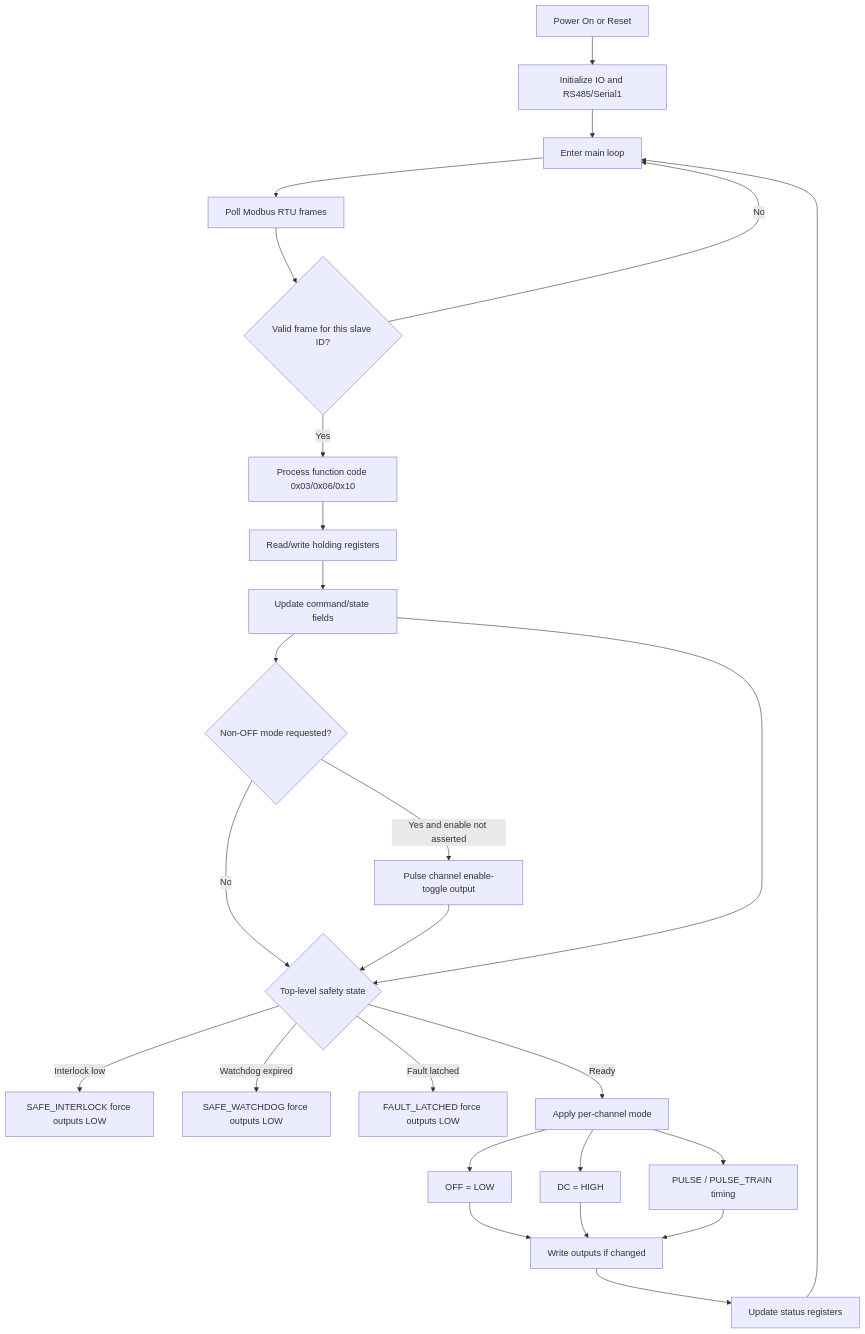
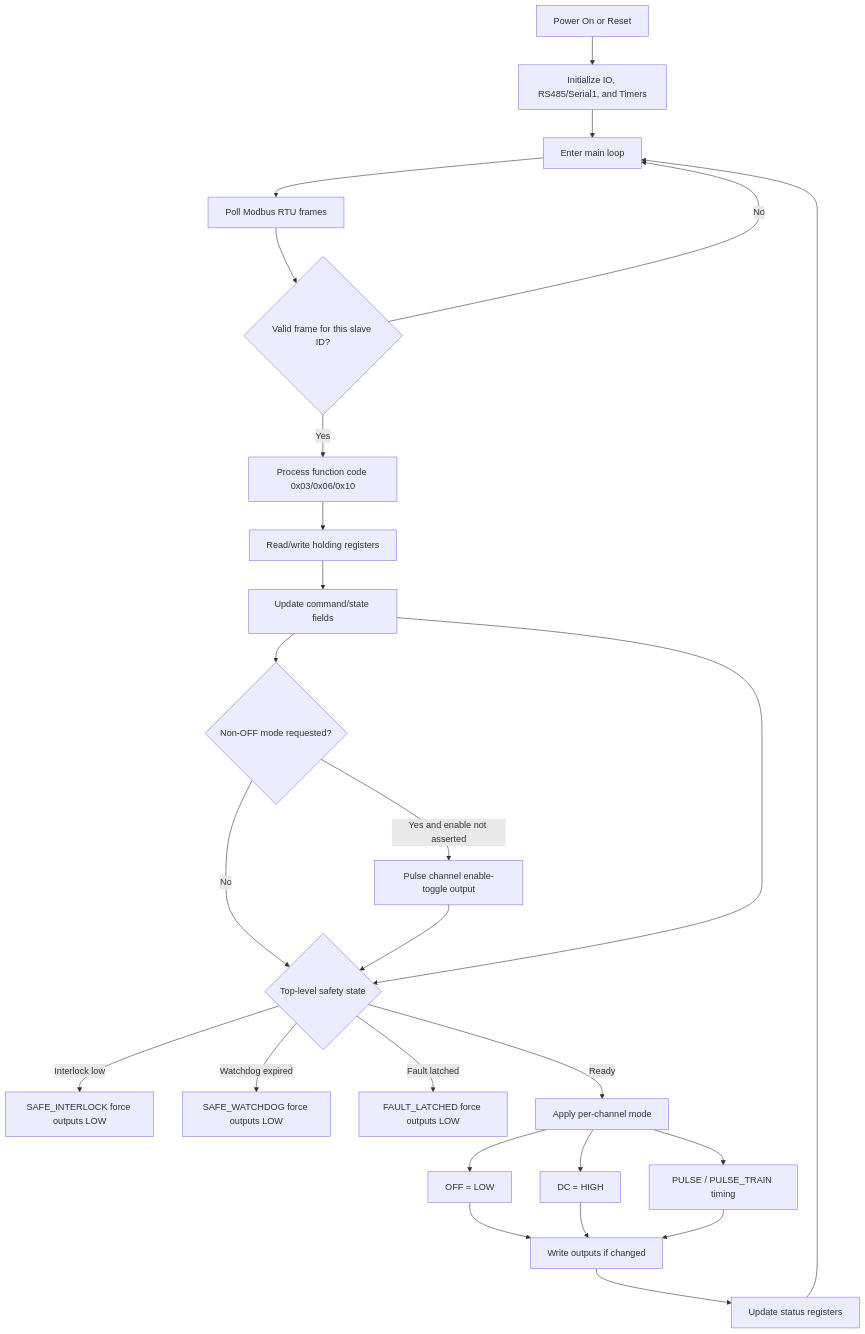
Before and after one commit to uw-loci/beam-controller: the diagram in README.md, drawn with Mermaid. The commit also changed other lines of this file, not shown here.

````diff
--- a/README.md
+++ b/README.md
@@ -113,32 +116,32 @@
 ```mermaid
 flowchart TD
-  A[Power On or Reset] --> B[Initialize IO and RS485/Serial1]
+  A[Power On or Reset] --> B[Initialize IO, RS485/Serial1, and Timers]
   B --> C[Enter main loop]
 
   C --> D[Poll Modbus RTU frames]
   D --> E{Valid frame for this slave ID?}
   E -- No --> C
   E -- Yes --> F[Process function code 0x03/0x06/0x10]
   F --> G[Read/write holding registers]
   G --> H[Update command/state fields]
   H --> H2{Non-OFF mode requested?}
   H2 -- Yes and enable not asserted --> H3[Pulse channel enable-toggle output]
   H2 -- No --> I
   H3 --> I
 
   H --> I{Top-level safety state}
   I -- Interlock low --> I1[SAFE_INTERLOCK force outputs LOW]
   I -- Watchdog expired --> I2[SAFE_WATCHDOG force outputs LOW]
   I -- Fault latched --> I3[FAULT_LATCHED force outputs LOW]
   I -- Ready --> J[Apply per-channel mode]
 
   J --> J1[OFF = LOW]
   J --> J2[DC = HIGH]
   J --> J3[PULSE / PULSE_TRAIN timing]
   J1 --> K[Write outputs if changed]
   J2 --> K
   J3 --> K
 
   K --> L[Update status registers]
   L --> C
 ```
````
